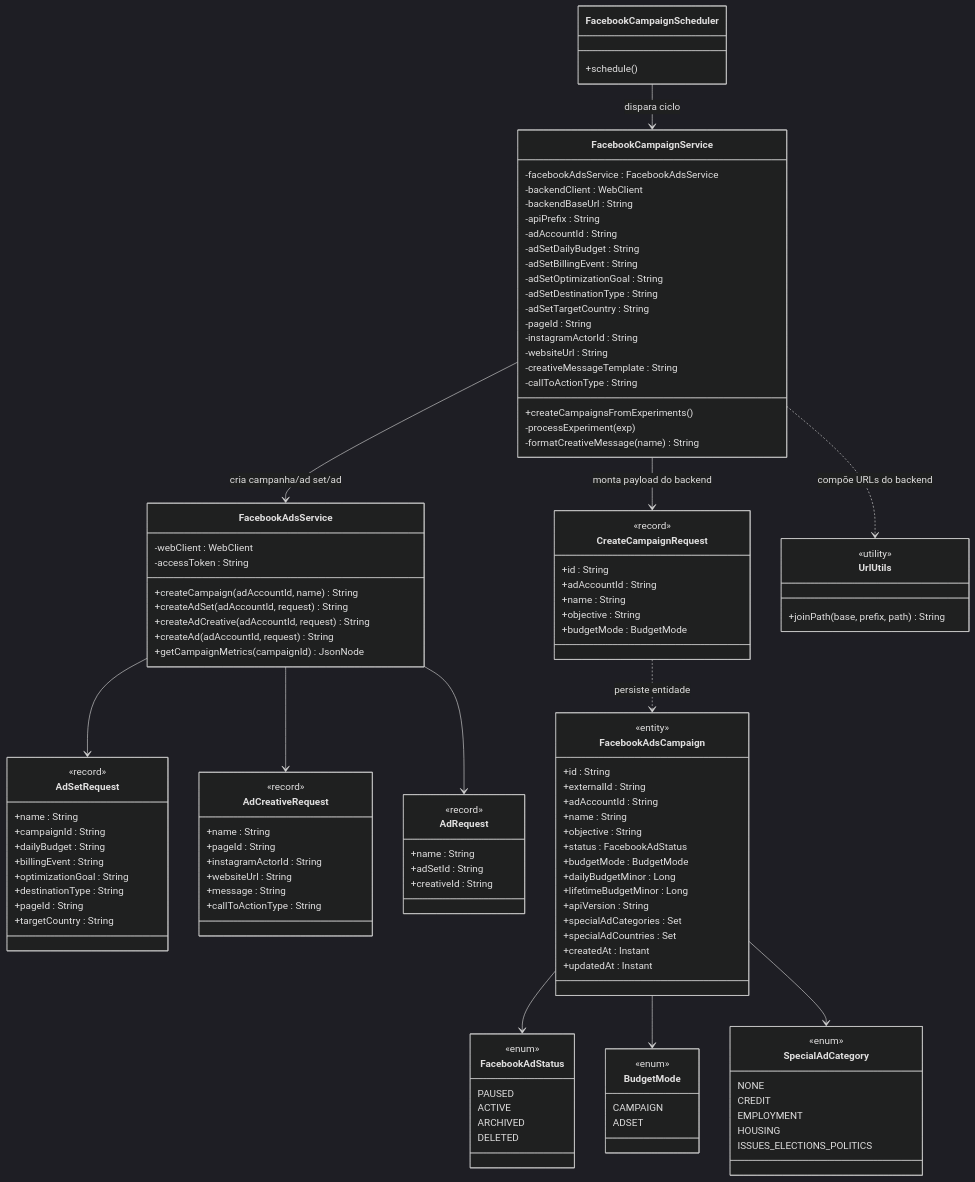
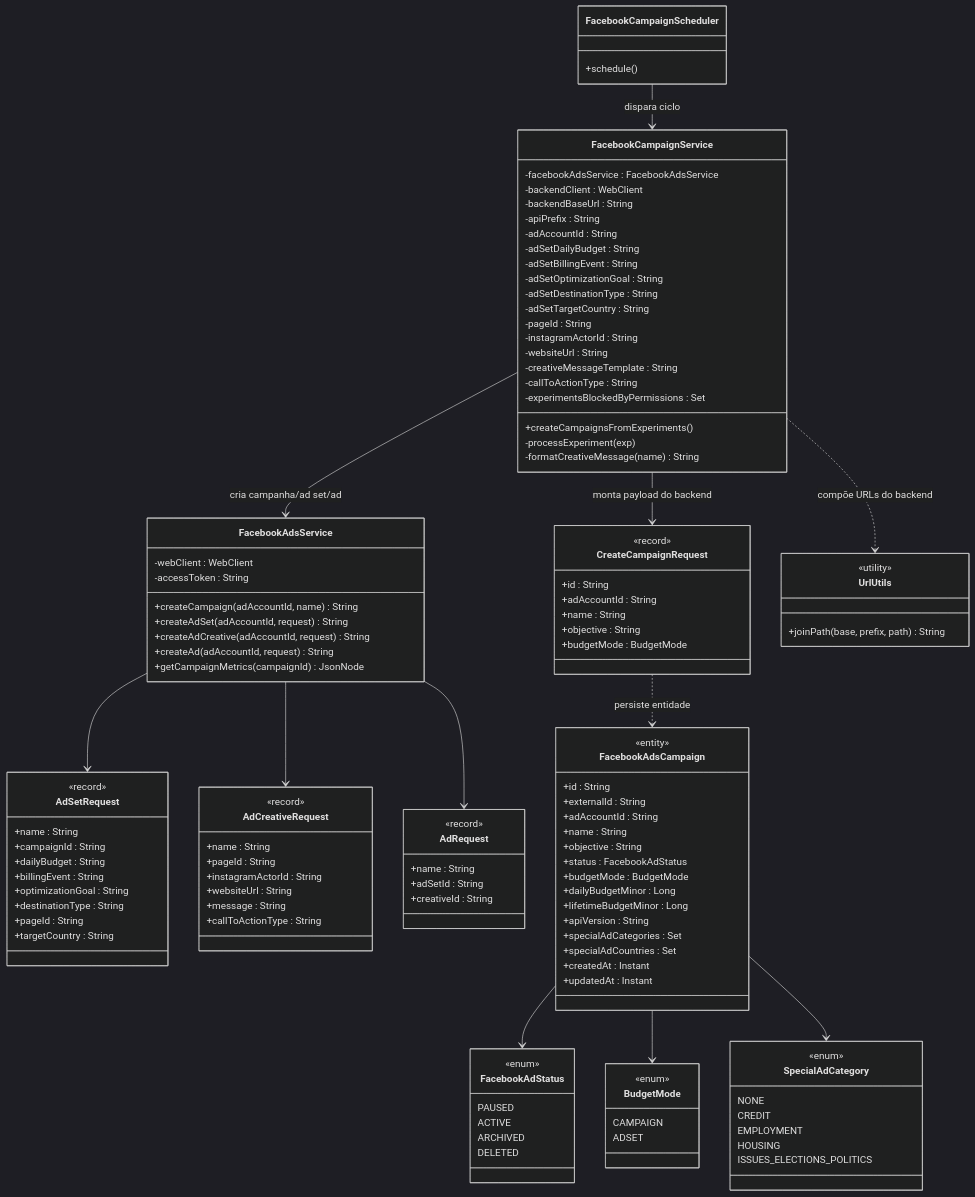
One commit to paulofor/marketing-hub changed the diagram in docs/facebook-ads-worker/class-diagram.md. Above: the diagram before and after it, drawn with Mermaid (dark theme). The commit also changed other lines of this file and 4 other files, not shown here.

```diff
--- a/docs/facebook-ads-worker/class-diagram.md
+++ b/docs/facebook-ads-worker/class-diagram.md
@@ -27,6 +27,7 @@
         -websiteUrl : String
         -creativeMessageTemplate : String
         -callToActionType : String
+        -experimentsBlockedByPermissions : Set<Long>
         +createCampaignsFromExperiments()
         -processExperiment(exp)
         -formatCreativeMessage(name) String
```
